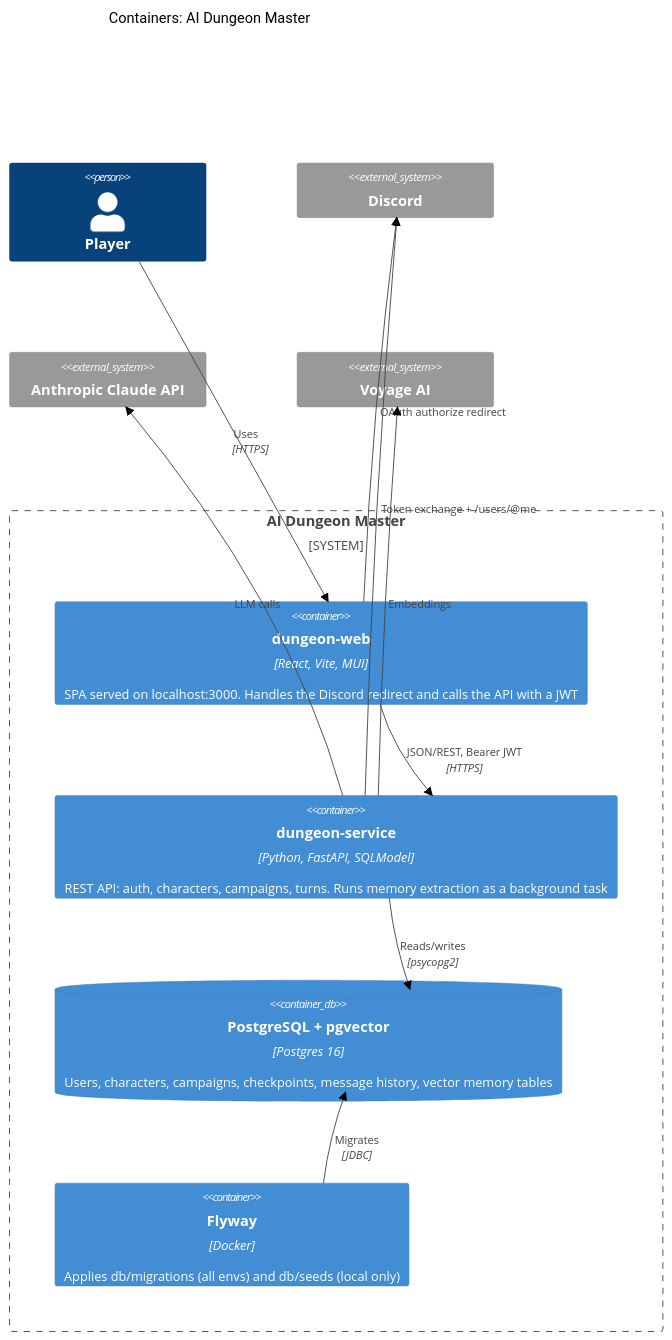
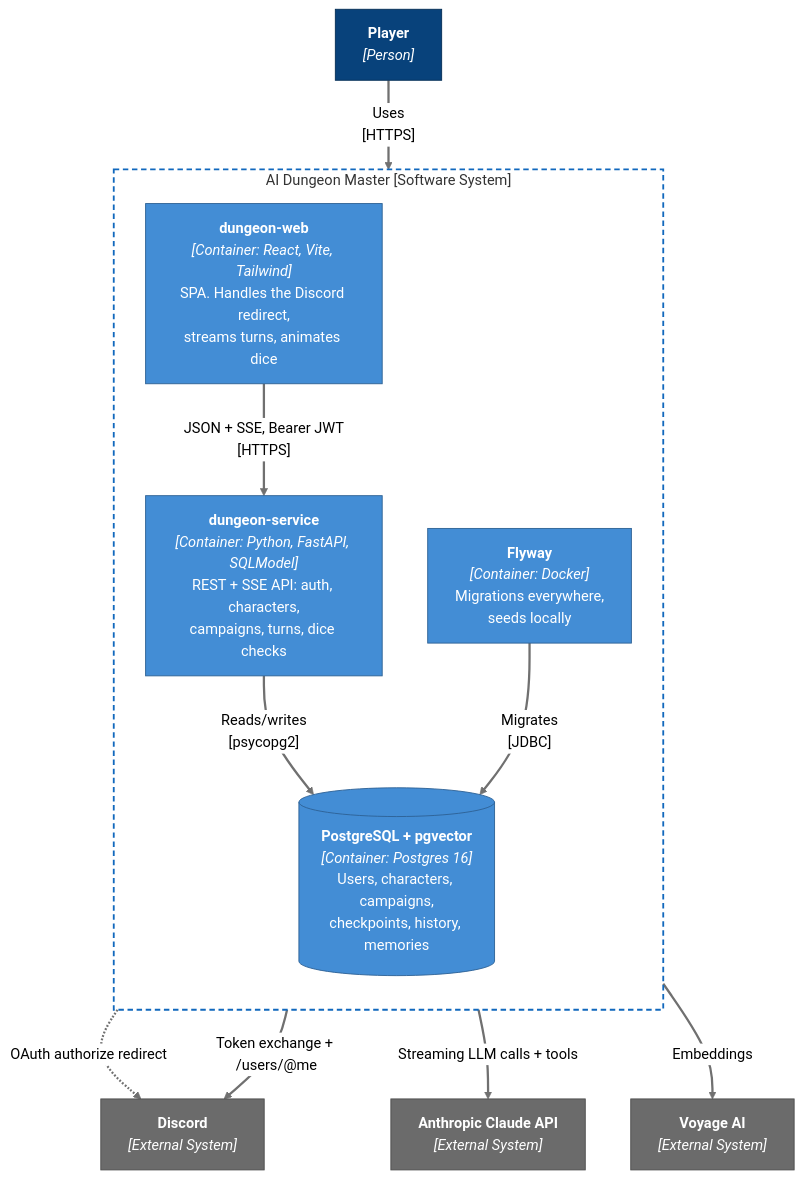
One commit to StephenMoring/dungeon-service changed the second of 6 diagrams in docs/architecture.md. Above: the diagram before and after it, drawn with Mermaid (neutral theme). The commit also changed other lines of this file and 1 other file, not shown here.

First line of the commit message:
docs: refresh README features and redraw C4 diagrams

````diff
--- a/docs/architecture.md
+++ b/docs/architecture.md
@@ -28,26 +36,37 @@
 ```mermaid
-C4Container
-  title Containers: AI Dungeon Master
+flowchart TB
+  player["<b>Player</b><br/><i>[Person]</i>"]
 
-  Person(player, "Player")
+  subgraph sys["AI Dungeon Master [Software System]"]
+    direction TB
+    web["<b>dungeon-web</b><br/><i>[Container: React, Vite, Tailwind]</i><br/>SPA. Handles the Discord redirect,<br/>streams turns, animates dice"]
+    api["<b>dungeon-service</b><br/><i>[Container: Python, FastAPI, SQLModel]</i><br/>REST + SSE API: auth, characters,<br/>campaigns, turns, dice checks"]
+    db[("<b>PostgreSQL + pgvector</b><br/><i>[Container: Postgres 16]</i><br/>Users, characters, campaigns,<br/>checkpoints, history, memories")]
+    flyway["<b>Flyway</b><br/><i>[Container: Docker]</i><br/>Migrations everywhere,<br/>seeds locally"]
+  end
 
-  System_Boundary(dungeon, "AI Dungeon Master") {
-    Container(web, "dungeon-web", "React, Vite, MUI", "SPA served on localhost:3000. Handles the Discord redirect and calls the API with a JWT")
-    Container(api, "dungeon-service", "Python, FastAPI, SQLModel", "REST API: auth, characters, campaigns, turns. Runs memory extraction as a background task")
-    ContainerDb(db, "PostgreSQL + pgvector", "Postgres 16", "Users, characters, campaigns, checkpoints, message history, vector memory tables")
-    Container(flyway, "Flyway", "Docker", "Applies db/migrations (all envs) and db/seeds (local only)")
-  }
+  discord["<b>Discord</b><br/><i>[External System]</i>"]
+  anthropic["<b>Anthropic Claude API</b><br/><i>[External System]</i>"]
+  voyage["<b>Voyage AI</b><br/><i>[External System]</i>"]
 
-  System_Ext(discord, "Discord")
-  System_Ext(anthropic, "Anthropic Claude API")
-  System_Ext(voyage, "Voyage AI")
+  player -- "Uses<br/>[HTTPS]" --> web
+  web -. "OAuth authorize redirect" .-> discord
+  web -- "JSON + SSE, Bearer JWT<br/>[HTTPS]" --> api
+  api -- "Reads/writes<br/>[psycopg2]" --> db
+  flyway -- "Migrates<br/>[JDBC]" --> db
+  api -- "Token exchange + /users/@me" --> discord
+  api -- "Streaming LLM calls + tools" --> anthropic
+  api -- "Embeddings" --> voyage
 
-  Rel(player, web, "Uses", "HTTPS")
-  Rel(web, discord, "OAuth authorize redirect")
-  Rel(web, api, "JSON/REST, Bearer JWT", "HTTPS")
-  Rel(api, db, "Reads/writes", "psycopg2")
-  Rel(flyway, db, "Migrates", "JDBC")
-  Rel(api, discord, "Token exchange + /users/@me")
-  Rel(api, anthropic, "LLM calls")
-  Rel(api, voyage, "Embeddings")
+  classDef person fill:#08427b,stroke:#052e56,color:#fff
+  classDef system fill:#1168bd,stroke:#0b4884,color:#fff
+  classDef container fill:#438dd5,stroke:#2e6295,color:#fff
+  classDef component fill:#85bbf0,stroke:#5d82a8,color:#0b2340
+  classDef external fill:#6b6b6b,stroke:#4d4d4d,color:#fff
+  linkStyle default stroke:#707070,stroke-width:2.5px
+  class player person
+  class web,api,flyway container
+  class db container
+  class discord,anthropic,voyage external
+  style sys fill:none,stroke:#1168bd,stroke-width:2px,stroke-dasharray:6 4
 ```
````
